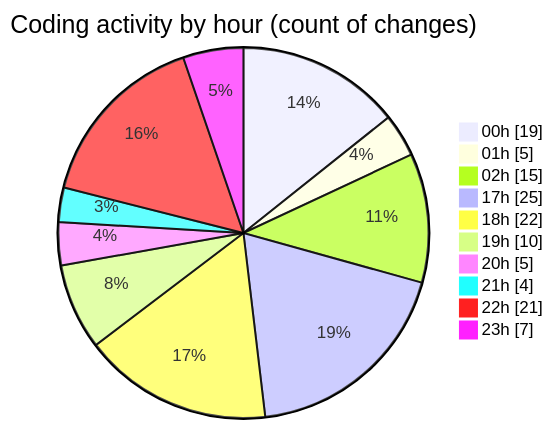
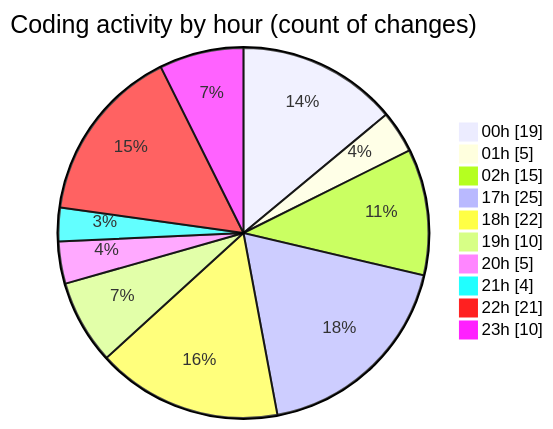
One commit to Elitesun/code-tracking changed the second of 2 diagrams in 2025-02-14/elitegpt/README.md. Above: the diagram before and after it, drawn with Mermaid. The commit also changed other lines of this file and 1 other file, not shown here.

````diff
--- a/2025-02-14/elitegpt/README.md
+++ b/2025-02-14/elitegpt/README.md
@@ -44,14 +44,14 @@
 ```mermaid
 pie showData
 title Coding activity by hour (count of changes)
 "00h" : 19
 "01h" : 5
 "02h" : 15
 "17h" : 25
 "18h" : 22
 "19h" : 10
 "20h" : 5
 "21h" : 4
 "22h" : 21
-"23h" : 7
+"23h" : 10
 ```
````
